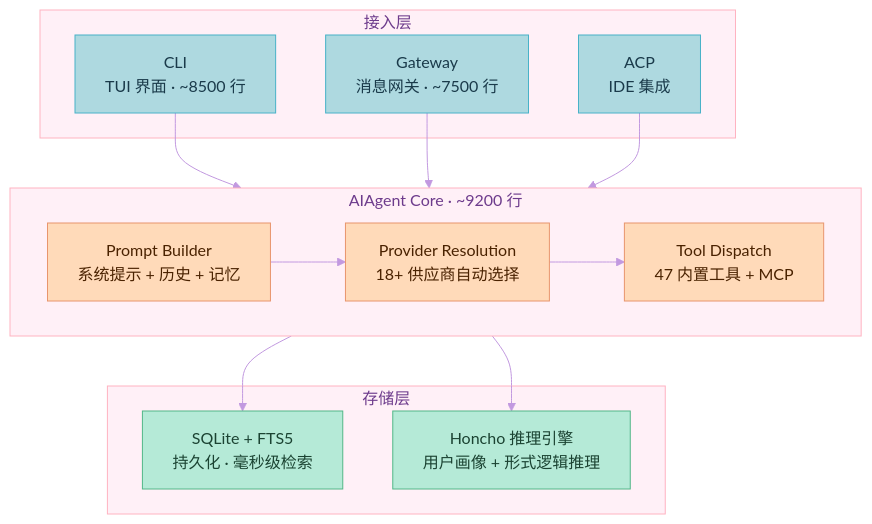
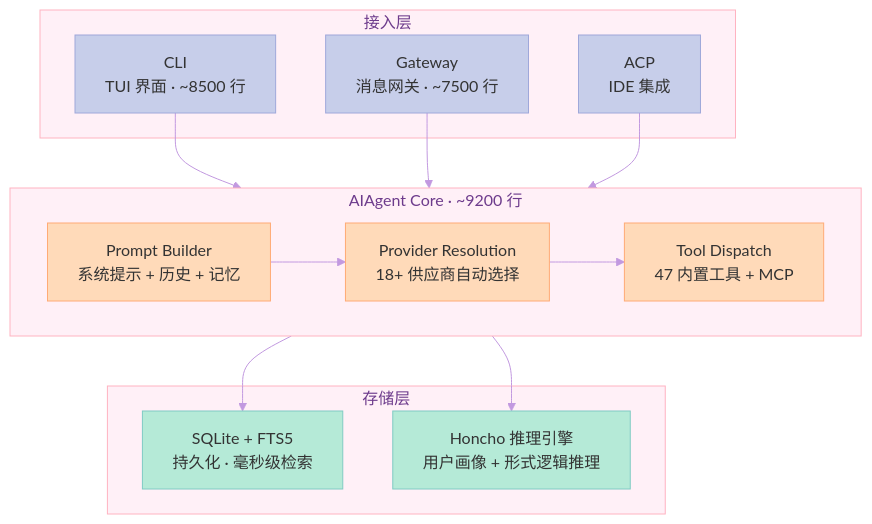
Before and after one commit to xuqi2024/xuqi2024.github.io: the first of 10 diagrams in source/_posts/2026-04-13-hermes-agent深度完全解读.md, drawn with Mermaid. The commit also changed other lines of this file and 23 other files, not shown here.

````diff
--- a/source/_posts/2026-04-13-hermes-agent深度完全解读.md
+++ b/source/_posts/2026-04-13-hermes-agent深度完全解读.md
@@ -38,28 +44,28 @@
 ```mermaid
-%%{init: {'theme': 'base', 'themeVariables': {'primaryColor': '#FFB3C1', 'primaryTextColor': '#4A1942', 'primaryBorderColor': '#FF85A1', 'lineColor': '#C299E0', 'secondaryColor': '#C8E6C9', 'tertiaryColor': '#AED9E0', 'background': '#FFF8FB', 'mainBkg': '#FFB3C1', 'nodeBorder': '#FF85A1', 'clusterBkg': '#FFF0F7', 'clusterBorder': '#FFB3C1', 'titleColor': '#6D3B8C', 'edgeLabelBackground': '#FFF8FB'}}}%%
+%%{init: {'theme': 'base', 'themeVariables': {'primaryColor': '#FFB3C1', 'primaryTextColor': '#4A1942', 'primaryBorderColor': '#FF85A1', 'lineColor': '#C299E0', 'secondaryColor': '#C8E6C9', 'tertiaryColor': '#C7CEEA', 'background': '#FFF8FB', 'mainBkg': '#FFB3C1', 'nodeBorder': '#FF85A1', 'clusterBkg': '#FFF0F7', 'clusterBorder': '#FFB3C1', 'titleColor': '#6D3B8C', 'edgeLabelBackground': '#FFF8FB'}}}%%
 flowchart TD
-    classDef iface fill:#AED9E0,stroke:#48B2C8,color:#1A3A4A
-    classDef pipeline fill:#FFDAB9,stroke:#E8956D,color:#4A2200
-    classDef store fill:#B5EAD7,stroke:#52B788,color:#1B4332
+    classDef iface fill:#C7CEEA,stroke:#9FA8DA,color:#333
+    classDef pipeline fill:#FFDAB9,stroke:#FFAB76,color:#333
+    classDef store fill:#B5EAD7,stroke:#80CBC4,color:#333
 
     subgraph IF["接入层"]
         CLI["CLI<br/>TUI 界面 · ~8500 行"]:::iface
         GW["Gateway<br/>消息网关 · ~7500 行"]:::iface
         ACP["ACP<br/>IDE 集成"]:::iface
     end
 
     subgraph CORE["AIAgent Core · ~9200 行"]
         PB["Prompt Builder<br/>系统提示 + 历史 + 记忆"]:::pipeline
         PR["Provider Resolution<br/>18+ 供应商自动选择"]:::pipeline
         TD["Tool Dispatch<br/>47 内置工具 + MCP"]:::pipeline
         PB --> PR --> TD
     end
 
     subgraph STORE["存储层"]
         DB["SQLite + FTS5<br/>持久化 · 毫秒级检索"]:::store
         HC["Honcho 推理引擎<br/>用户画像 + 形式逻辑推理"]:::store
     end
 
     CLI & GW & ACP --> CORE
     CORE --> DB & HC
 ```
````
